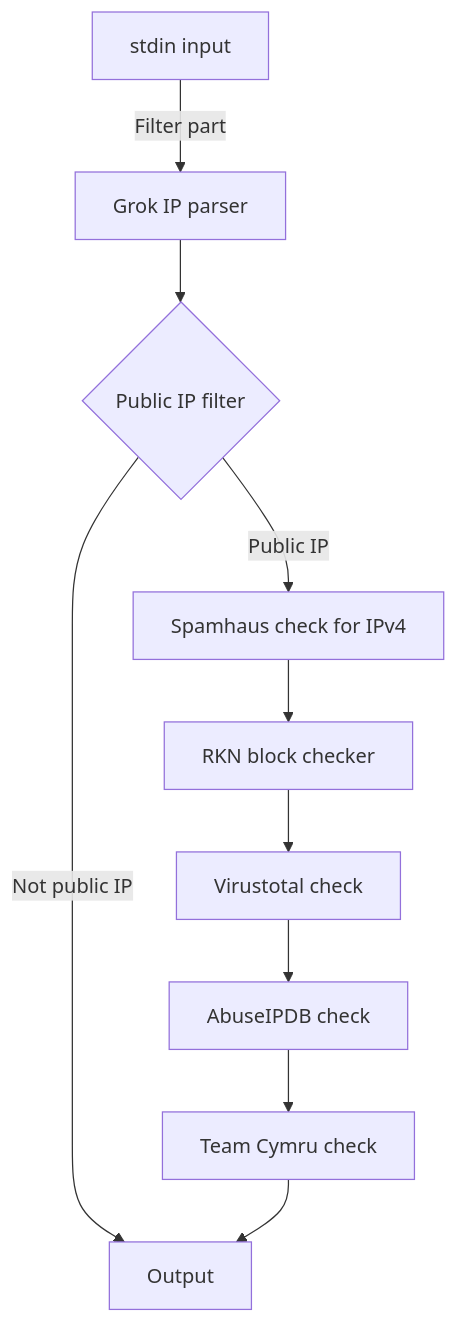
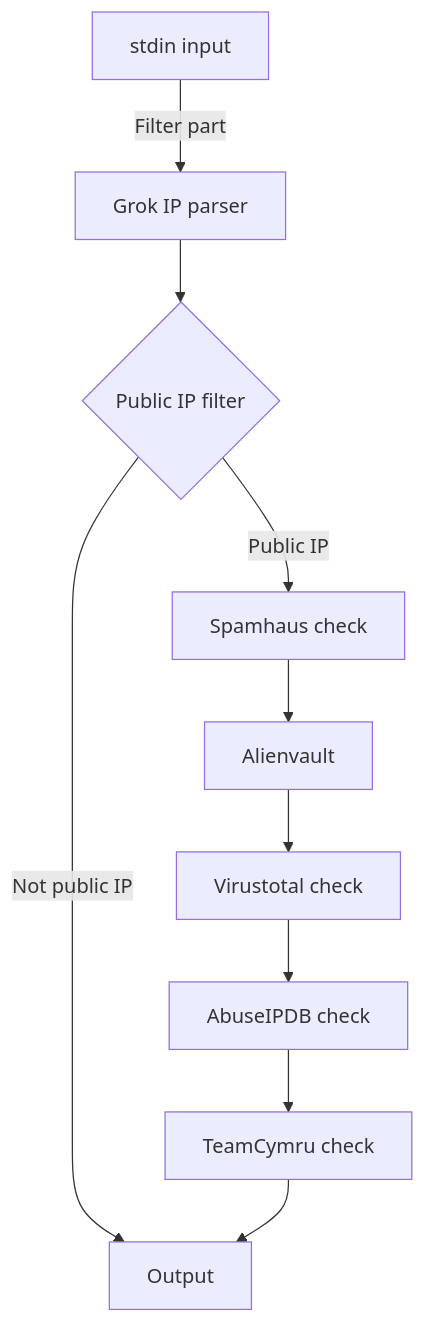
The diagram in README.md (summergaga/diplom), drawn with Mermaid before and after one commit. The commit also changed other lines of this file and 2 other files, not shown here.

Commit message:
Удален РКН, добавлен Alienvault

````diff
--- a/README.md
+++ b/README.md
@@ -12,12 +12,12 @@
 ```mermaid
 graph TD;
     A[stdin input] -->|Filter part| B[Grok IP parser];
     B --> C{Public IP filter};
     C --> |Not public IP| I[Output];
-    C --> |Public IP| D[Spamhaus check for IPv4];
-    D --> E[RKN block checker];
+    C --> |Public IP| D[Spamhaus check];
+    D --> E[Alienvault];
     E --> F[Virustotal check];
     F --> G[AbuseIPDB check];
-    G --> H[Team Cymru check];
+    G --> H[TeamCymru check];
     H --> I;
 ```
````
